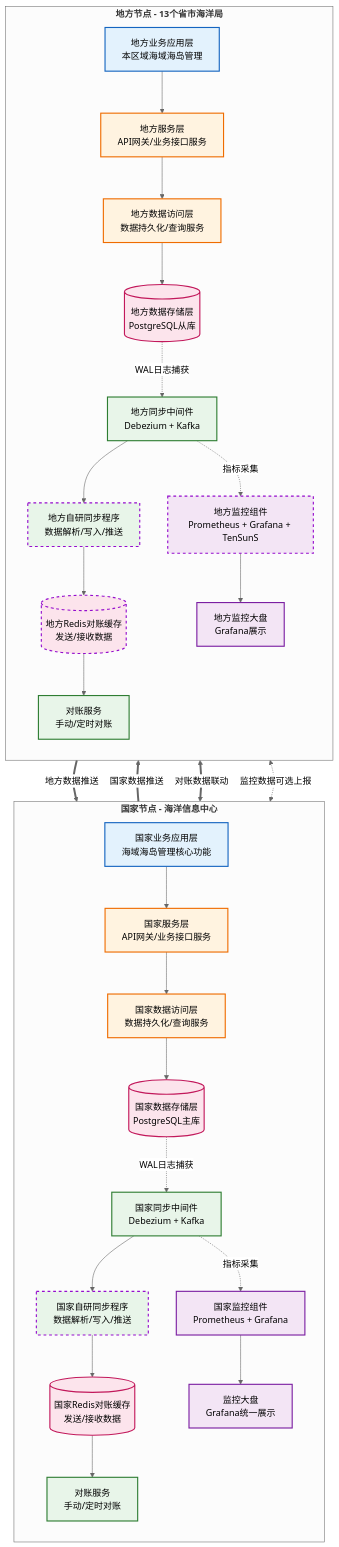
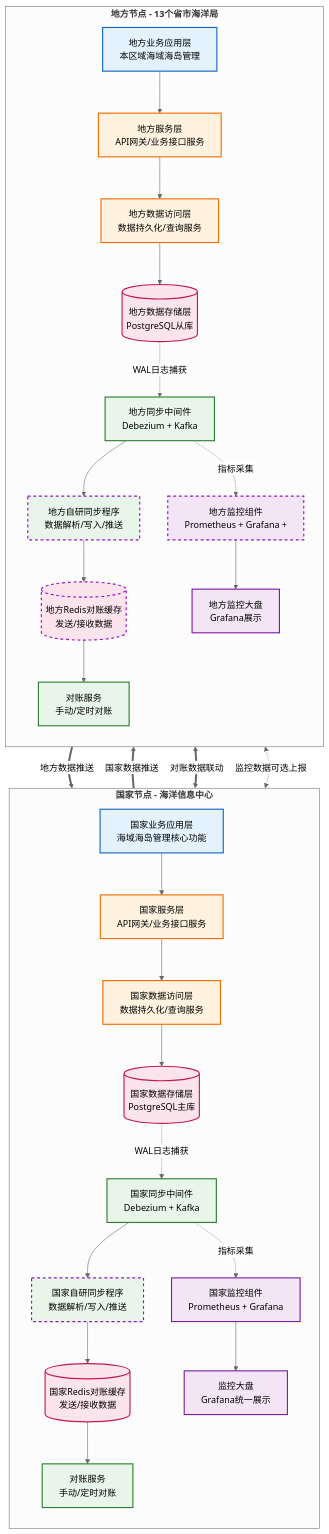
Before and after one commit to MyJohn2/iodraw-files: the diagram in all/未命名-1.md, drawn with Mermaid (neutral theme).

Commit message:
2026-03-03 18:59:50 update

````diff
--- a/all/未命名-1.md
+++ b/all/未命名-1.md
@@ -1,71 +1,71 @@
 ```mermaid
 flowchart TD
     %% 定义样式
     classDef app fill:#e3f2fd,stroke:#1565c0,stroke-width:2px;
     classDef service fill:#fff3e0,stroke:#ef6c00,stroke-width:2px;
     classDef data fill:#fce4ec,stroke:#c2185b,stroke-width:2px;
     classDef sync fill:#e8f5e9,stroke:#2e7d32,stroke-width:2px;
     classDef monitor fill:#f3e5f5,stroke:#7b1fa2,stroke-width:2px;
     classDef linkLine stroke:#950DCD,stroke-width:2px,stroke-dasharray: 5 5;
 
     %% 国家节点 - 修复了标题括号问题
     subgraph NationNode [<B>国家节点 - 海洋信息中心]
         direction TB
         A1[国家业务应用层<br/>海域海岛管理核心功能]:::app
         B1[国家服务层<br/>API网关/业务接口服务]:::service
         C1[国家数据访问层<br/>数据持久化/查询服务]:::service
         D1[(国家数据存储层<br/>PostgreSQL主库)]:::data
         E1[国家同步中间件<br/>Debezium + Kafka]:::sync
         F1[国家自研同步程序<br/>数据解析/写入/推送]:::sync
         G1[(国家Redis对账缓存<br/>发送/接收数据)]:::data
         H1[国家监控组件<br/>Prometheus + Grafana]:::monitor
         I1[对账服务<br/>手动/定时对账]:::sync
         J1[监控大盘<br/>Grafana统一展示]:::monitor
 
         A1 --> B1
         B1 --> C1
         C1 --> D1
         D1 -.->|WAL日志捕获 | E1
         E1 --> F1
         F1 --> G1
         E1 -.->|指标采集 | H1
         G1 --> I1
         H1 --> J1
     end
     
     %% 地方节点 - 修复了标题括号问题
     subgraph LocalNode [<B>地方节点 - 13个省市海洋局]
         direction TB
         A2[地方业务应用层<br/>本区域海域海岛管理]:::app
         B2[地方服务层<br/>API网关/业务接口服务]:::service
         C2[地方数据访问层<br/>数据持久化/查询服务]:::service
         D2[(地方数据存储层<br/>PostgreSQL从库)]:::data
         E2[地方同步中间件<br/>Debezium + Kafka]:::sync
         F2[地方自研同步程序<br/>数据解析/写入/推送]:::sync
         G2[(地方Redis对账缓存<br/>发送/接收数据)]:::data
-        H2[地方监控组件<br/>Prometheus + Grafana + TenSunS]:::monitor
+        H2[地方监控组件<br/>Prometheus + Grafana +]:::monitor
         I2[对账服务<br/>手动/定时对账]:::sync
         J2[地方监控大盘<br/>Grafana展示]:::monitor
 
         A2 --> B2
         B2 --> C2
         C2 --> D2
         D2 -.->|WAL日志捕获 | E2
         E2 --> F2
         F2 --> G2
         E2 -.->|指标采集 | H2
         G2 --> I2
         H2 --> J2
     end
     
     %% 跨节点交互
     E2 ==>|地方数据推送 | F1:::linkLine
     E1 ==>|国家数据推送 | F2:::linkLine
     G1 <==>|对账数据联动 | G2:::linkLine
     H1 <-.->|监控数据可选上报 | H2:::linkLine
     
 
 
 
 
 ```
````
